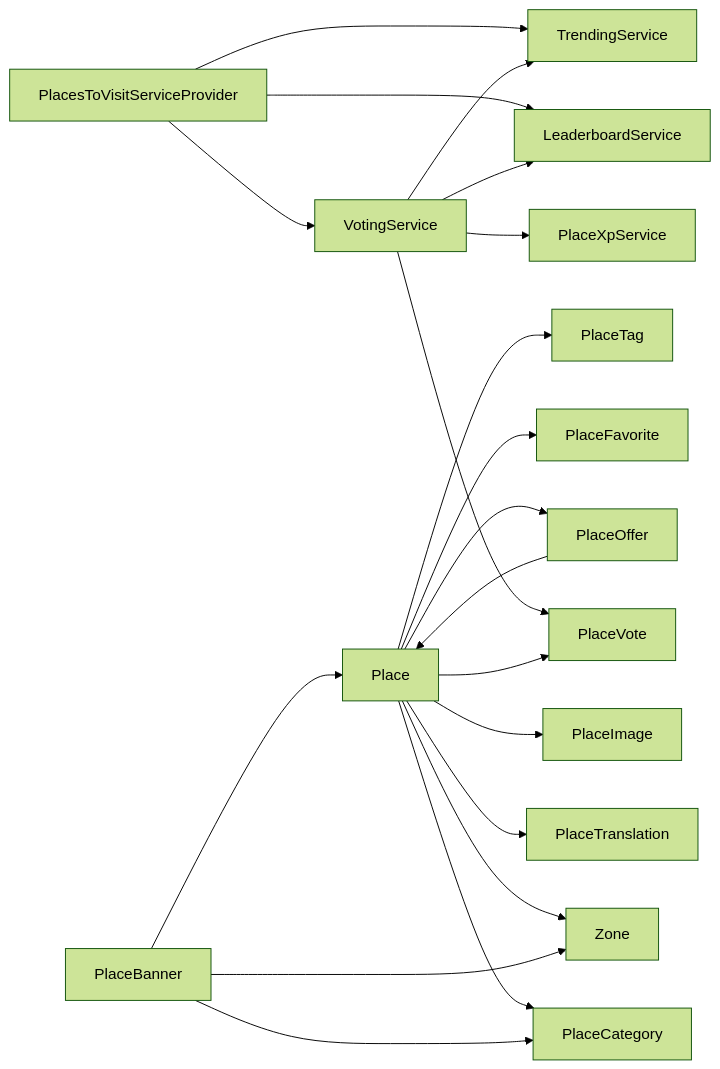
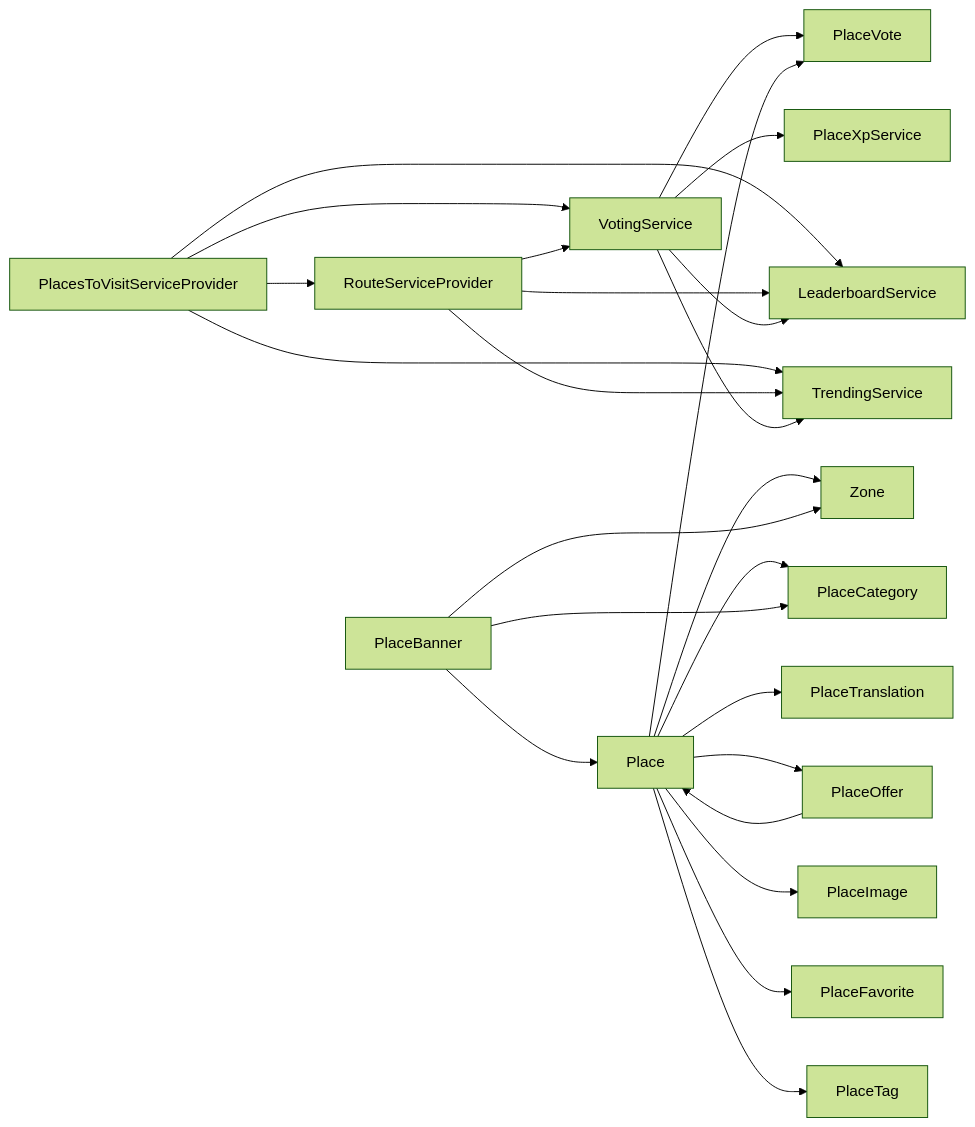
The seventh of 8 diagrams in .qoder/repowiki/en/content/Business Modules/PlacesToVisit Module/PlacesToVisit Module.md (Hamdies/waddy_back), drawn with Mermaid (forest theme) before and after one commit. The commit also changed other lines of this file and 5 other files, not shown here.

````diff
--- a/.qoder/repowiki/en/content/Business Modules/PlacesToVisit Module/PlacesToVisit Module.md
+++ b/.qoder/repowiki/en/content/Business Modules/PlacesToVisit Module/PlacesToVisit Module.md
@@ -535,22 +554,26 @@
 ```mermaid
 graph LR
-SP["PlacesToVisitServiceProvider"] --> VS["VotingService"]
-SP --> LB["LeaderboardService"]
-SP --> TR["TrendingService"]
+MainSP["PlacesToVisitServiceProvider"] --> RouteSP["RouteServiceProvider"]
+MainSP --> VS["VotingService"]
+MainSP --> LB["LeaderboardService"]
+MainSP --> TR["TrendingService"]
+RouteSP --> VS
+RouteSP --> LB
+RouteSP --> TR
 VS --> PV["PlaceVote"]
 VS --> PX["PlaceXpService"]
 VS --> LB
 VS --> TR
 PL["Place"] --> PC["PlaceCategory"]
 PL --> Z["Zone"]
 PL --> PT["PlaceTranslation"]
 PL --> PV
 PL --> PO["PlaceOffer"]
 PL --> PI["PlaceImage"]
 PL --> PF["PlaceFavorite"]
 PL --> PG["PlaceTag"]
 PB["PlaceBanner"] --> Z
 PB --> PC
 PB --> PL
 PO --> PL
 ```
````
